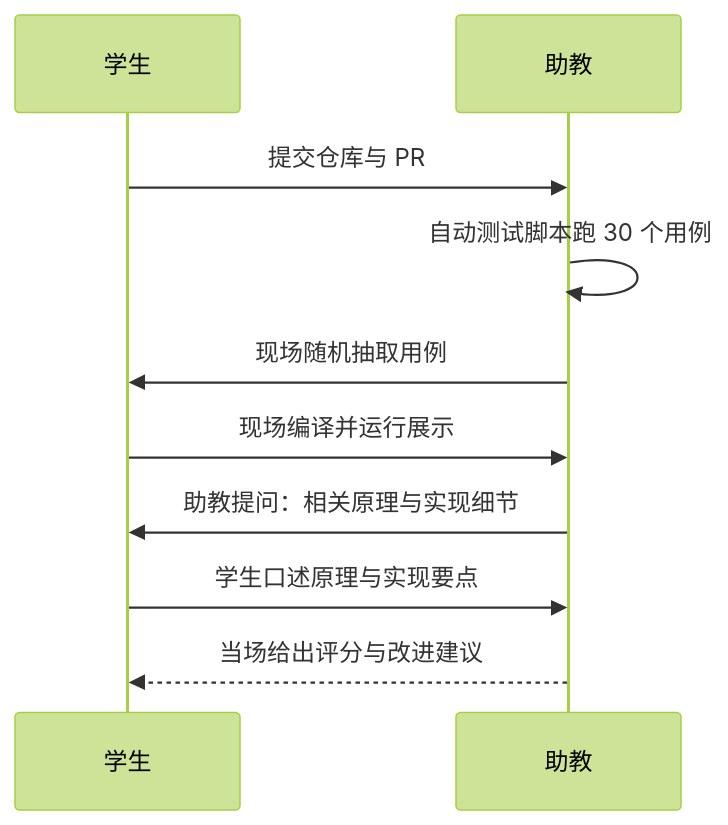
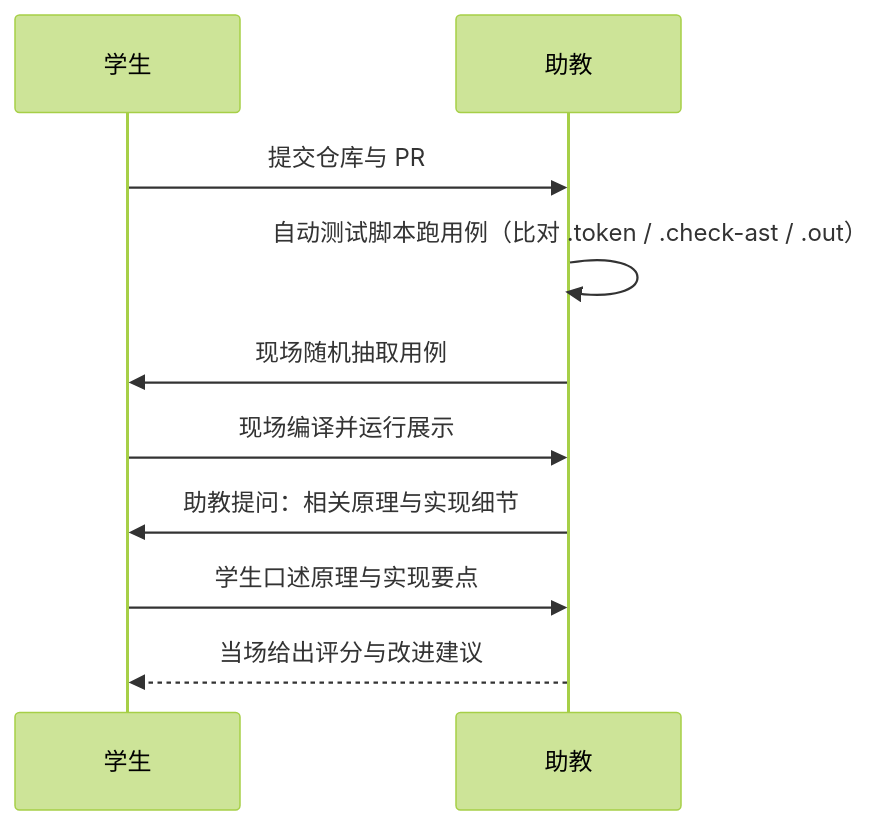
The fourth of 4 diagrams in docs/labs/capstone.md (lightsmilew/compiler-principles), drawn with Mermaid (forest theme) before and after one commit. The commit also changed other lines of this file and 15 other files, not shown here.

````diff
--- a/docs/labs/capstone.md
+++ b/docs/labs/capstone.md
@@ -132,12 +180,12 @@
 ```mermaid
 sequenceDiagram
   participant S as 学生
   participant T as 助教
   S->>T: 提交仓库与 PR
-  T->>T: 自动测试脚本跑 30 个用例
+  T->>T: 自动测试脚本跑用例（比对 .token / .check-ast / .out）
   T->>S: 现场随机抽取用例
   S->>T: 现场编译并运行展示
   T->>S: 助教提问：相关原理与实现细节
   S->>T: 学生口述原理与实现要点
   T-->>S: 当场给出评分与改进建议
 ```
````
